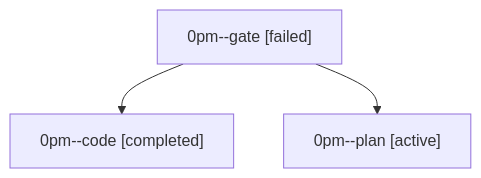
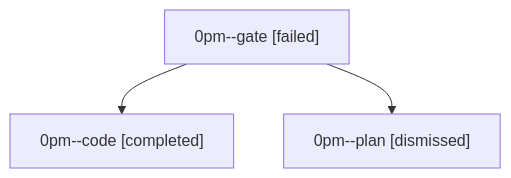
The diagram in sessions/bbugyi200.athena.0pm.md (sase-org/sase--agents), drawn with Mermaid before and after one commit. The commit also changed other lines of this file and 18 other files, not shown here.

````diff
--- a/sessions/bbugyi200.athena.0pm.md
+++ b/sessions/bbugyi200.athena.0pm.md
@@ -9,8 +9,8 @@
 ```mermaid
 flowchart TD
   n0["0pm--gate [failed]"]
   n1["0pm--code [completed]"]
   n0 --> n1
-  n2["0pm--plan [active]"]
+  n2["0pm--plan [dismissed]"]
   n0 --> n2
 ```
````
